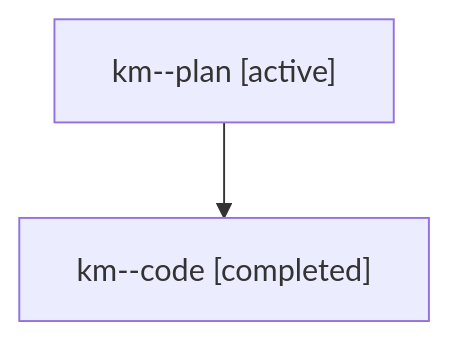
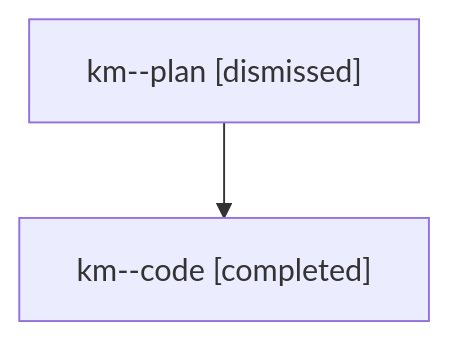
Before and after one commit to sase-org/sase--agents: the diagram in sessions/bbugyi200.athena.km.md, drawn with Mermaid. The commit also changed other lines of this file and 48 other files, not shown here.

````diff
--- a/sessions/bbugyi200.athena.km.md
+++ b/sessions/bbugyi200.athena.km.md
@@ -9,6 +9,6 @@
 ```mermaid
 flowchart TD
-  n0["km--plan [active]"]
+  n0["km--plan [dismissed]"]
   n1["km--code [completed]"]
   n0 --> n1
 ```
````
